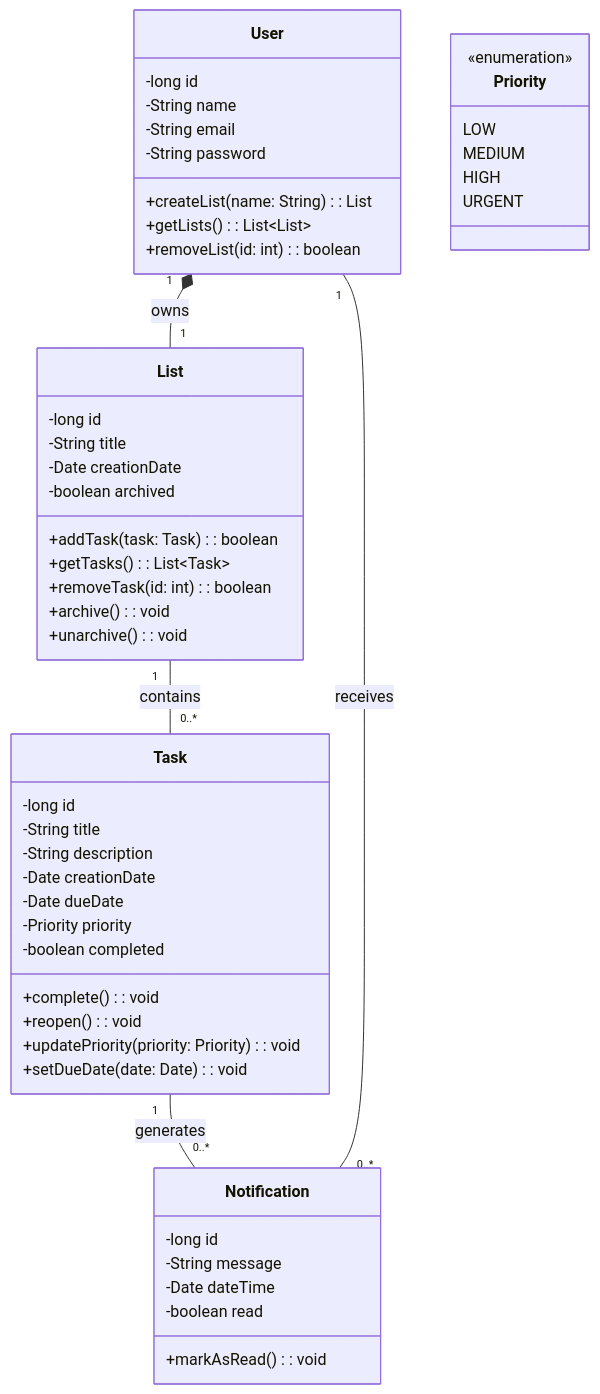
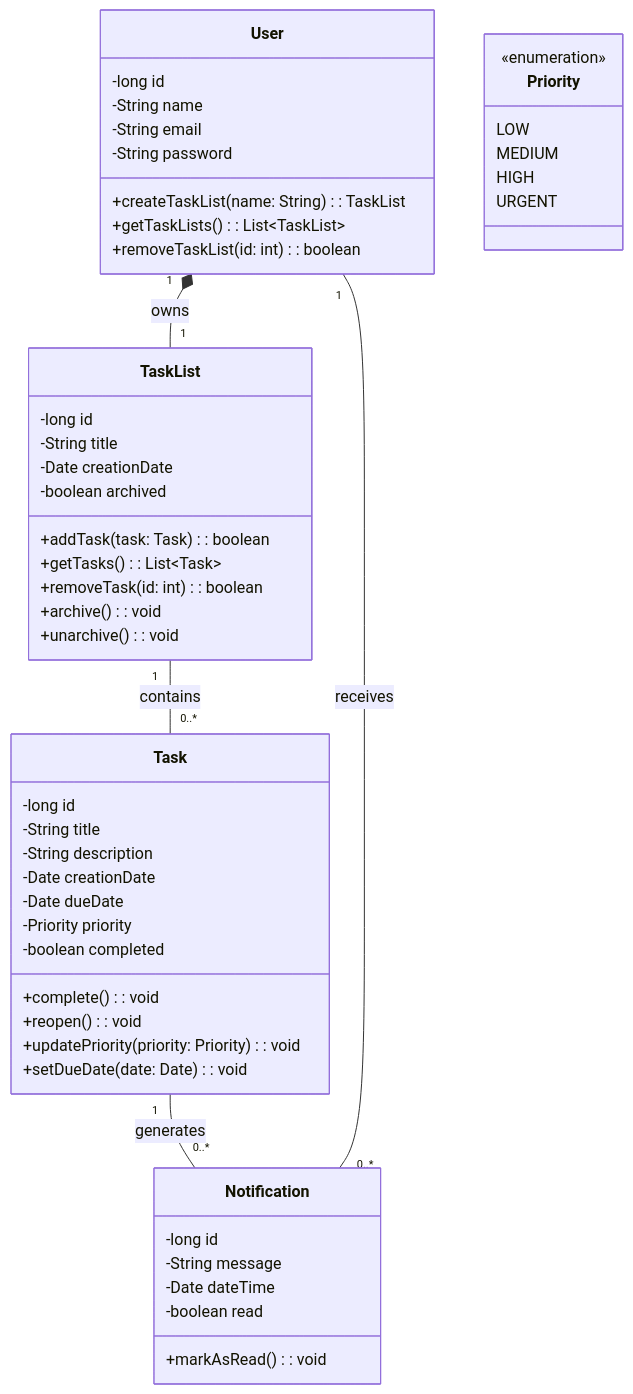
One commit to araujoejcc/API-Rest-na-Nuvem changed the diagram in README.md. Above: the diagram before and after it, drawn with Mermaid.

Commit message:
Update README.md
Alterando a Classe List para TaskList para evitar conflito

````diff
--- a/README.md
+++ b/README.md
@@ -3,61 +3,59 @@
 ```mermaid
 classDiagram
     class User {
         -long id
         -String name
         -String email
         -String password
-        +createList(name: String): List
-        +getLists(): List~List~
-        +removeList(id: int): boolean
+        +createTaskList(name: String): TaskList
+        +getTaskLists(): List~TaskList~
+        +removeTaskList(id: int): boolean
     }
     
-    class List {
+    class TaskList {
         -long id
         -String title
         -Date creationDate
         -boolean archived
         +addTask(task: Task): boolean
         +getTasks(): List~Task~
         +removeTask(id: int): boolean
         +archive(): void
         +unarchive(): void
     }
     
     class Task {
         -long id
         -String title
         -String description
         -Date creationDate
         -Date dueDate
         -Priority priority
         -boolean completed
         +complete(): void
         +reopen(): void
         +updatePriority(priority: Priority): void
         +setDueDate(date: Date): void
     }
     
     class Priority {
         <<enumeration>>
         LOW
         MEDIUM
         HIGH
         URGENT
     }
     
-
     class Notification {
         -long id
         -String message
         -Date dateTime
         -boolean read
         +markAsRead(): void
     }
     
-    User "1" *-- "1" List : owns
-    List "1" -- "0..*" Task : contains
-
+    User "1" *-- "1" TaskList : owns
+    TaskList "1" -- "0..*" Task : contains
     Task "1" -- "0..*" Notification : generates
     User "1" -- "0..*" Notification : receives
 ```
````
